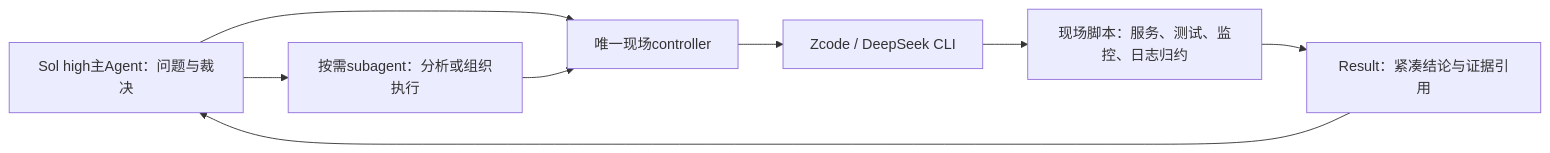
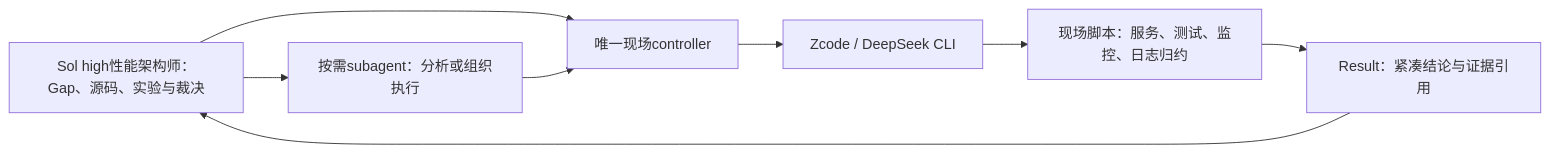
One commit to wio1997/Inference-Foundry changed the diagram in glm5-3/docs/ZCODE_PROTOCOL.md. Above: the diagram before and after it, drawn with Mermaid. The commit also changed other lines of this file and 16 other files, not shown here.

First line of the commit message:
glm(rules): make Sol performance architect from checkpoint158

````diff
--- a/glm5-3/docs/ZCODE_PROTOCOL.md
+++ b/glm5-3/docs/ZCODE_PROTOCOL.md
@@ -7,10 +9,10 @@
 ```mermaid
 flowchart LR
-  M[Sol high主Agent：问题与裁决] --> S[按需subagent：分析或组织执行]
+  M[Sol high性能架构师：Gap、源码、实验与裁决] --> S[按需subagent：分析或组织执行]
   M --> C[唯一现场controller]
   S --> C
   C --> Z[Zcode / DeepSeek CLI]
   Z --> E[现场脚本：服务、测试、监控、日志归约]
   E --> R[Result：紧凑结论与证据引用]
   R --> M
 ```
````
